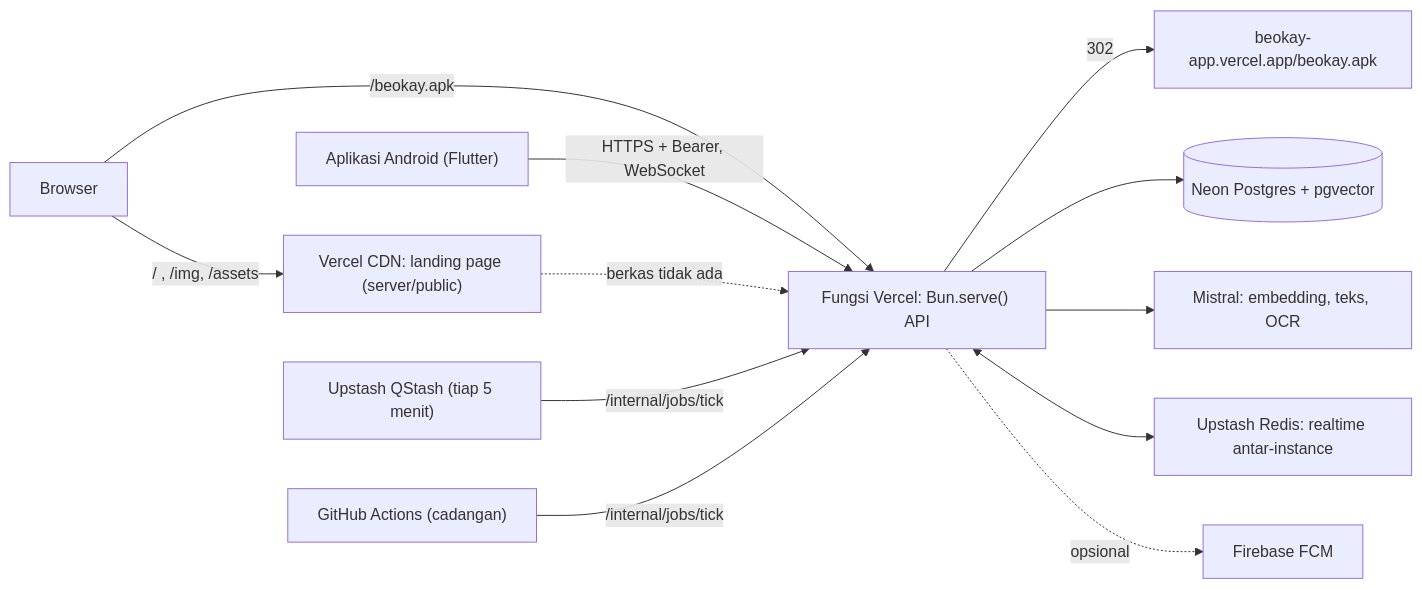
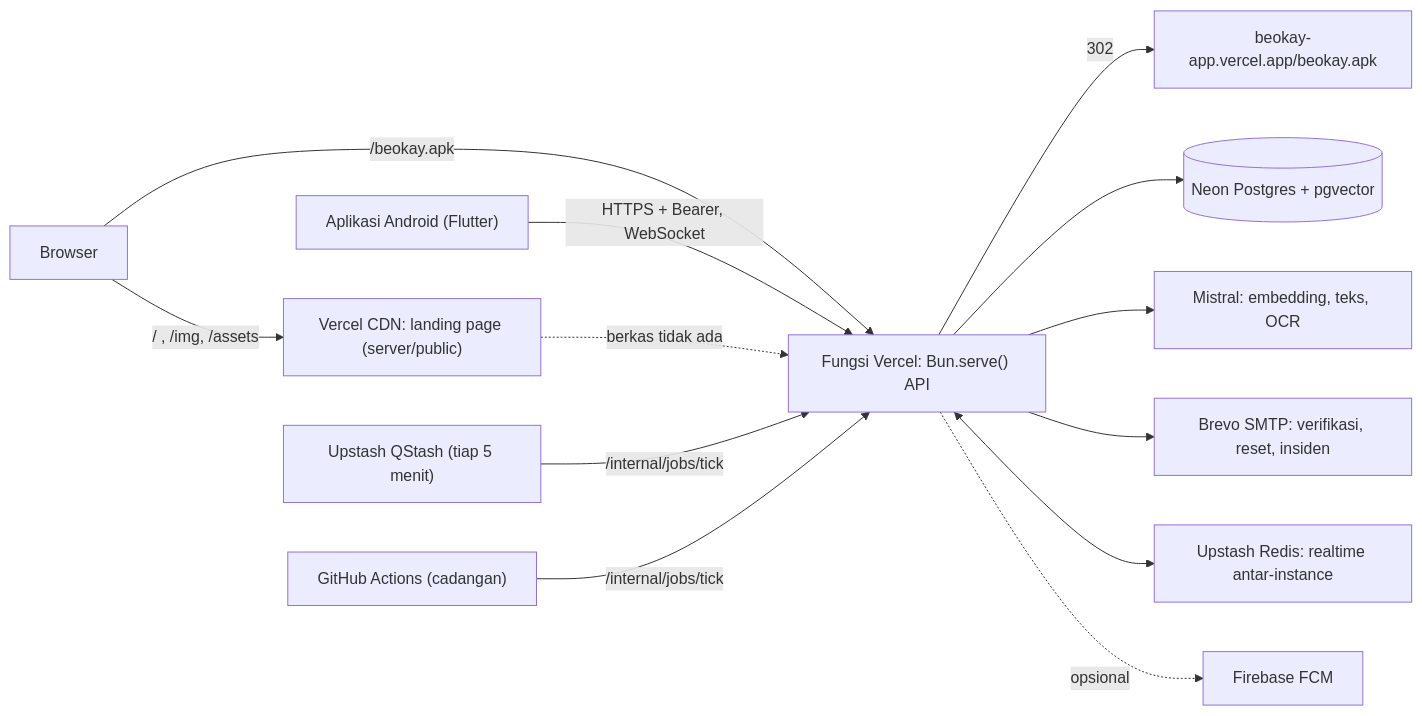
Before and after one commit to misbahul45/beOkay: the second of 2 diagrams in README.md, drawn with Mermaid. The commit also changed other lines of this file and 3 other files, not shown here.

````diff
--- a/README.md
+++ b/README.md
@@ -59,14 +161,15 @@
 ```mermaid
 flowchart LR
   Browser["Browser"] -->|"/ , /img, /assets"| CDN["Vercel CDN: landing page (server/public)"]
   Browser -->|"/beokay.apk"| Fn
   App["Aplikasi Android (Flutter)"] -->|"HTTPS + Bearer, WebSocket"| Fn["Fungsi Vercel: Bun.serve() API"]
   CDN -. "berkas tidak ada" .-> Fn
   Fn -->|"302"| APK["beokay-app.vercel.app/beokay.apk"]
   Fn --> DB[("Neon Postgres + pgvector")]
   Fn --> LLM["Mistral: embedding, teks, OCR"]
+  Fn --> Mail["Brevo SMTP: verifikasi, reset, insiden"]
   Fn <--> Redis["Upstash Redis: realtime antar-instance"]
   QStash["Upstash QStash (tiap 5 menit)"] -->|"/internal/jobs/tick"| Fn
   GHA["GitHub Actions (cadangan)"] -->|"/internal/jobs/tick"| Fn
   Fn -. opsional .-> FCM["Firebase FCM"]
 ```
````
